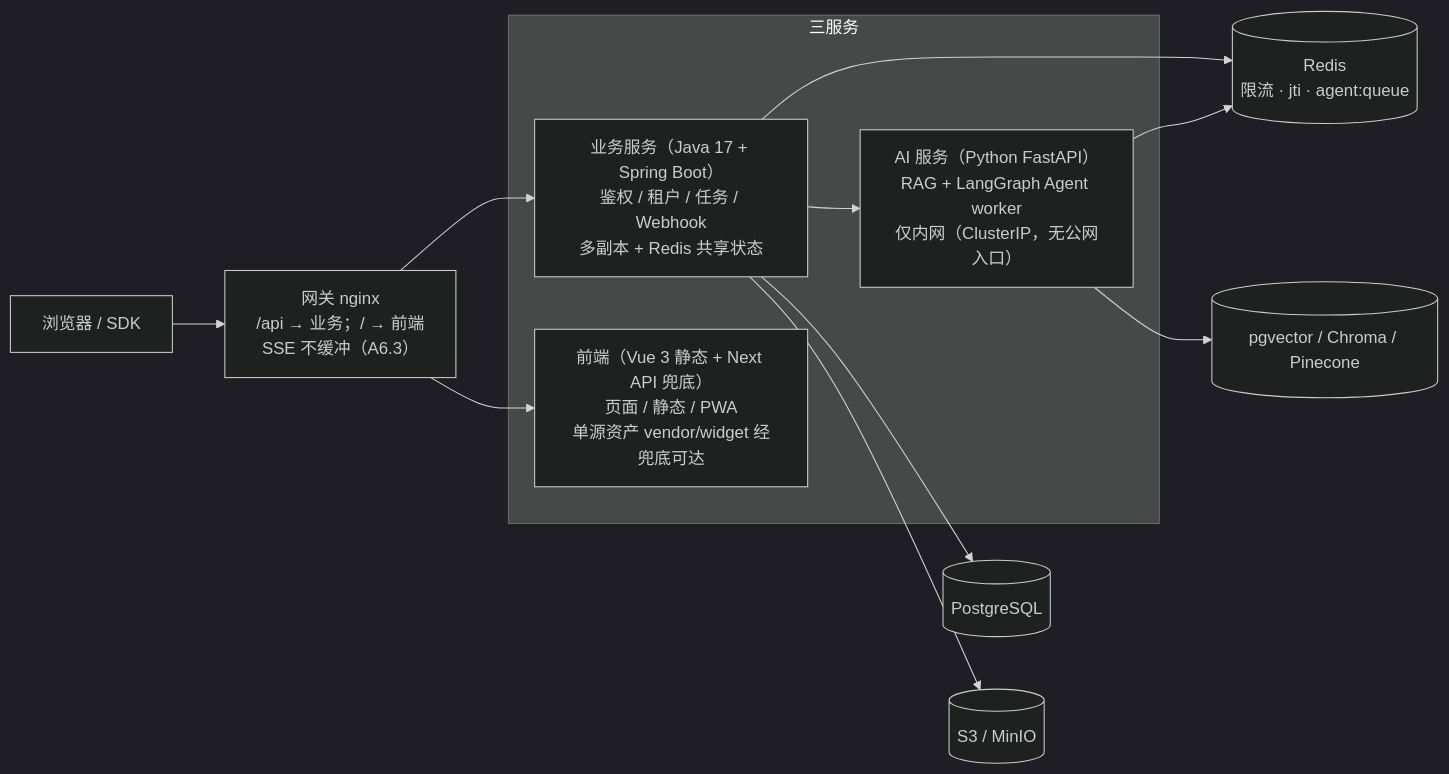
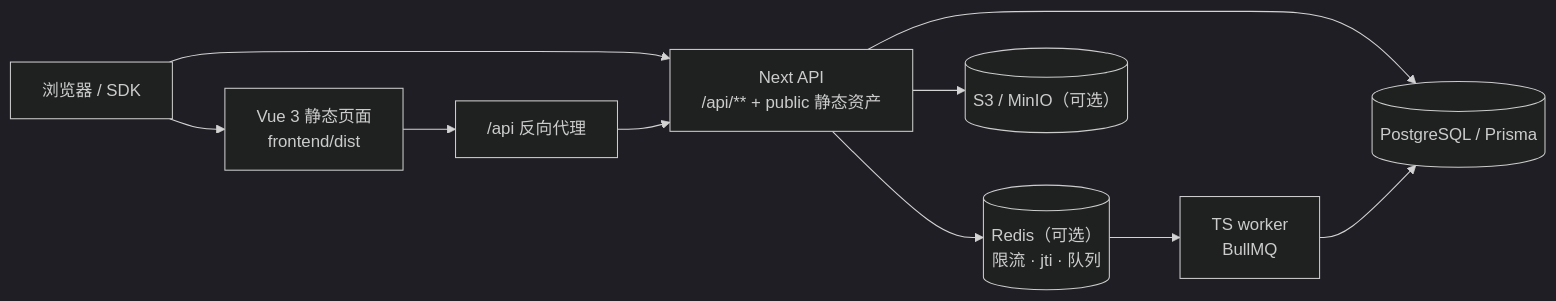
Before and after one commit to BlackArt40/KnowledgeAI: the second of 2 diagrams in docs/architecture/overview.md, drawn with Mermaid (dark theme). The commit also changed other lines of this file and 118 other files, not shown here.

````diff
--- a/docs/architecture/overview.md
+++ b/docs/architecture/overview.md
@@ -93,17 +91,12 @@
 ```mermaid
 flowchart LR
-  C["浏览器 / SDK"] --> GW["网关 nginx<br/>/api → 业务；/ → 前端<br/>SSE 不缓冲（A6.3）"]
-  subgraph Split["三服务"]
-    BIZ["业务服务（Java 17 + Spring Boot）<br/>鉴权 / 租户 / 任务 / Webhook<br/>多副本 + Redis 共享状态"]
-    FE["前端（Vue 3 静态 + Next API 兜底）<br/>页面 / 静态 / PWA<br/>单源资产 vendor/widget 经兜底可达"]
-    AI["AI 服务（Python FastAPI）<br/>RAG + LangGraph Agent worker<br/>仅内网（ClusterIP，无公网入口）"]
-  end
-  GW --> BIZ
-  GW --> FE
-  BIZ --> AI
-  BIZ --> PG2[("PostgreSQL")]
-  BIZ --> RD2[("Redis<br/>限流 · jti · agent:queue")]
-  AI --> RD2
-  AI --> VDB2[("pgvector / Chroma / Pinecone")]
-  BIZ --> S32[("S3 / MinIO")]
+  C["浏览器 / SDK"] --> FE["Vue 3 静态页面<br/>frontend/dist"]
+  C --> API["Next API<br/>/api/** + public 静态资产"]
+  FE --> API2["/api 反向代理"]
+  API2 --> API
+  API --> PG[("PostgreSQL / Prisma")]
+  API --> RD[("Redis（可选）<br/>限流 · jti · 队列")]
+  API --> S3[("S3 / MinIO（可选）")]
+  W["TS worker<br/>BullMQ"] --> PG
+  RD --> W
 ```
````
